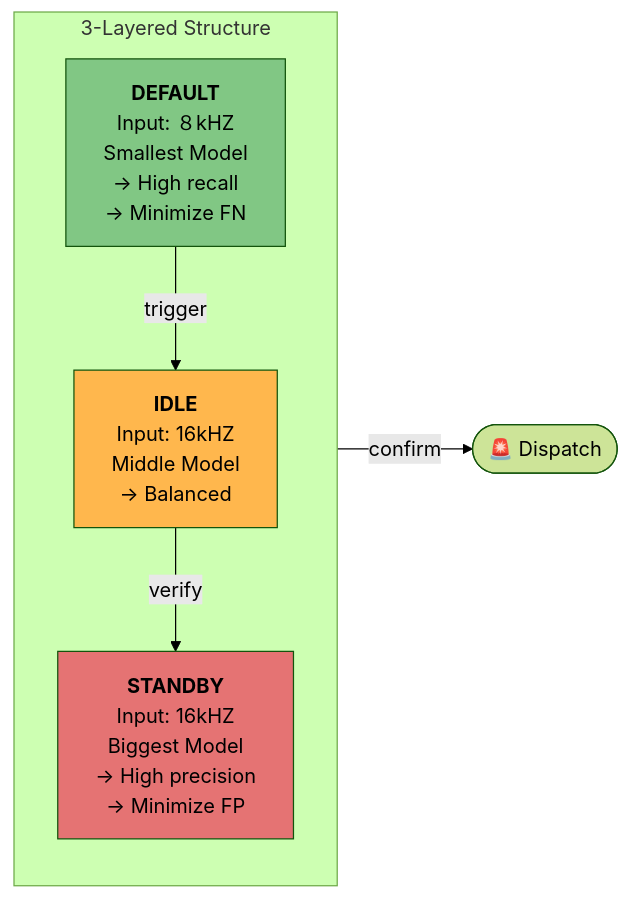
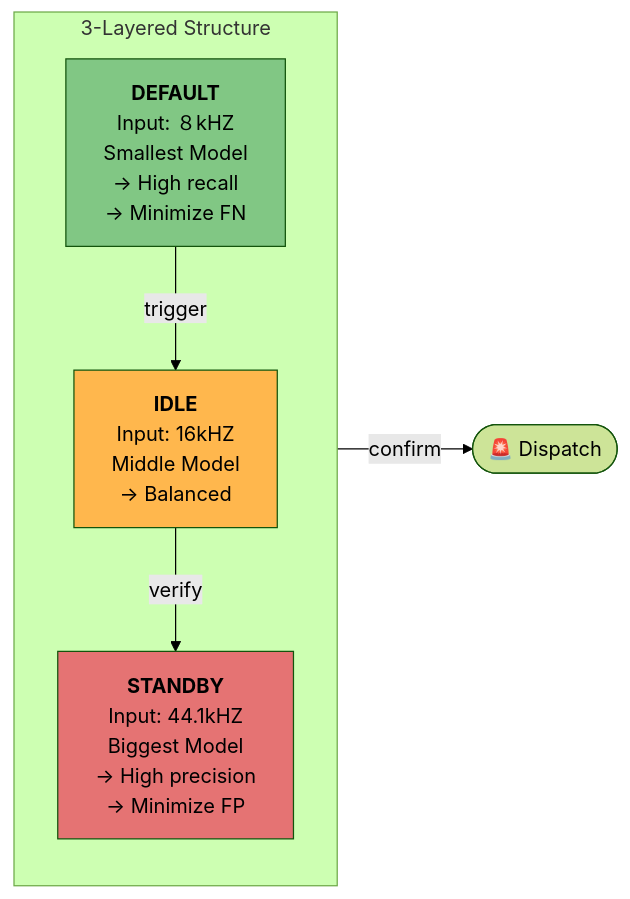
One commit to soomswida/Vatican-Cameos changed the diagram in README.md. Above: the diagram before and after it, drawn with Mermaid (forest theme).

Commit message:
Kyoheon/README/minor-change

````diff
--- a/README.md
+++ b/README.md
@@ -8,21 +8,21 @@
 ```mermaid
 flowchart LR
     subgraph T["3-Layered Structure"]
         direction TB
         L1["<b>DEFAULT</b><br/>Input: ８kHZ<br/>Smallest Model<br/>→ High recall<br/>→ Minimize FN"]
         L2["<b>IDLE</b><br/>Input: 16kHZ<br/>Middle Model<br/>→ Balanced"]
-        L3["<b>STANDBY</b><br/>Input: 16kHZ<br/>Biggest Model<br/>→ High precision<br/>→ Minimize FP"]
+        L3["<b>STANDBY</b><br/>Input: 44.1kHZ<br/>Biggest Model<br/>→ High precision<br/>→ Minimize FP"]
     end
 
     L1 -->|trigger| L2
     L2 -->|verify| L3
     L3 -->|confirm| DISPATCH([🚨 Dispatch])
 
     classDef high_recall    fill:#81C784,color:#000
     classDef balanced       fill:#FFB74D,color:#000
     classDef high_precision fill:#E57373,color:#000
 
     class L1 high_recall
     class L2 balanced
     class L3 high_precision
 ```
````
